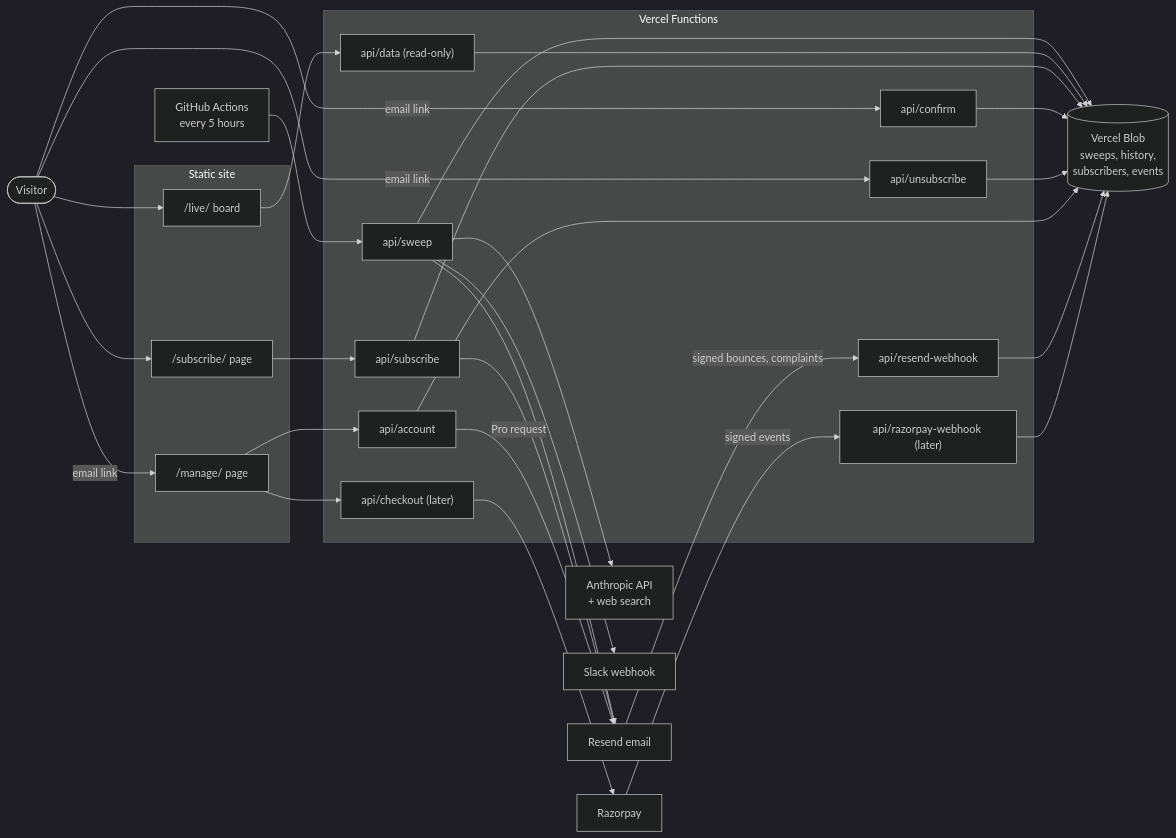
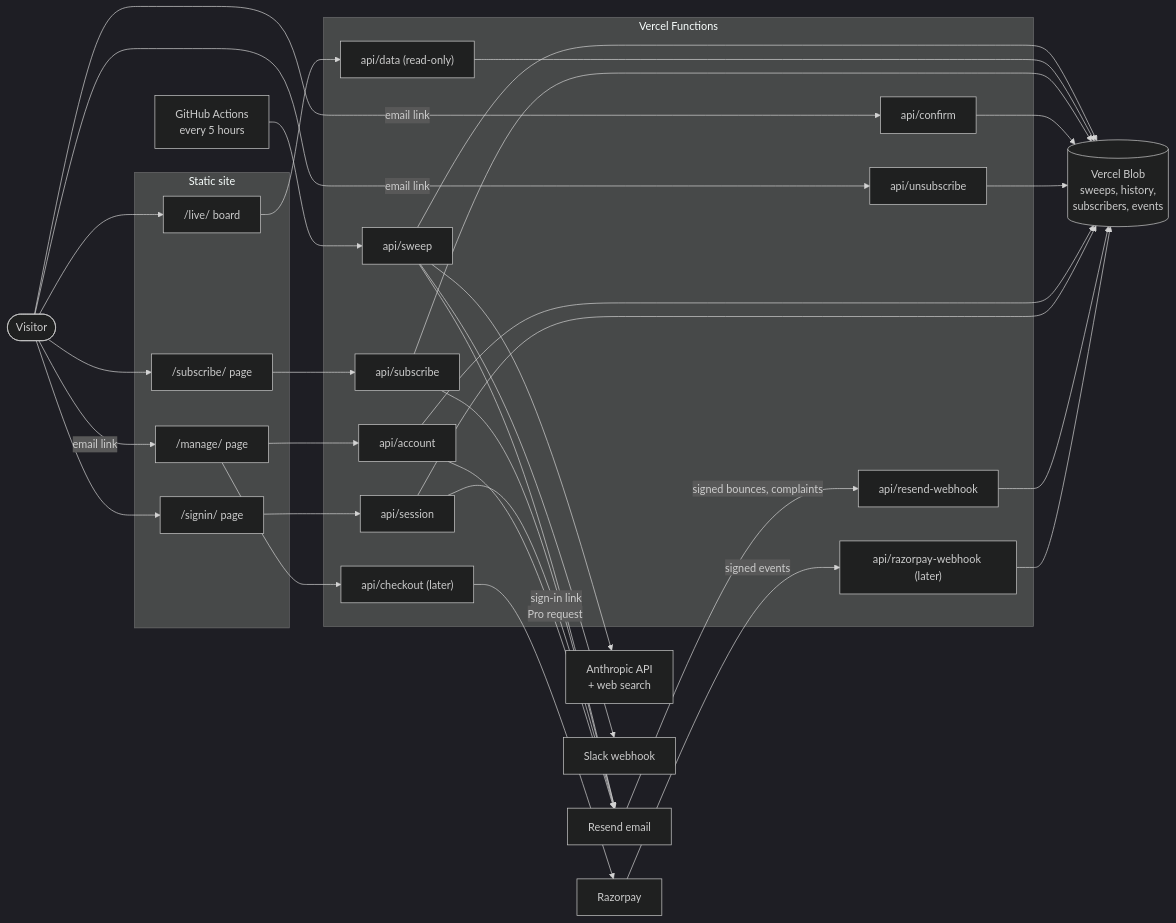
Before and after one commit to bhawnamanglapm/travel-problem-radar-case-study: the first of 6 diagrams in docs/subscriptions/architecture.md, drawn with Mermaid (dark theme). The commit also changed other lines of this file and 6 other files, not shown here.

First line of the commit message:
T16: docs for sign-in, the login cookie and SESSION_SECRET

````diff
--- a/docs/subscriptions/architecture.md
+++ b/docs/subscriptions/architecture.md
@@ -24,43 +24,47 @@
 ```mermaid
 flowchart LR
   V([Visitor])
   GHA["GitHub Actions<br/>every 5 hours"]
   subgraph Site["Static site"]
     LIVE["/live/ board"]
     SUBP["/subscribe/ page"]
     MAN["/manage/ page"]
+    SIGN["/signin/ page"]
   end
   subgraph Fn["Vercel Functions"]
     SWEEP["api/sweep"]
     DATA["api/data (read-only)"]
     SUBS["api/subscribe"]
     CONF["api/confirm"]
     UNS["api/unsubscribe"]
     ACC["api/account"]
+    SES["api/session"]
     RWH["api/resend-webhook"]
     CHK["api/checkout (later)"]
     WH["api/razorpay-webhook (later)"]
   end
   BLOB[("Vercel Blob<br/>sweeps, history,<br/>subscribers, events")]
   ANTH["Anthropic API<br/>+ web search"]
   RES["Resend email"]
   SLK["Slack webhook"]
   RZP["Razorpay"]
 
   GHA --> SWEEP
   SWEEP --> ANTH
   SWEEP --> BLOB
   SWEEP --> RES
   SWEEP --> SLK
   V --> LIVE --> DATA --> BLOB
   V --> SUBP --> SUBS
   SUBS --> BLOB
   SUBS --> RES
   V -->|email link| CONF --> BLOB
   V -->|email link| UNS --> BLOB
   V -->|email link| MAN --> ACC --> BLOB
+  V --> SIGN --> SES --> BLOB
+  SES -->|sign-in link| RES
   ACC -->|Pro request| RES
   RES -->|signed bounces, complaints| RWH --> BLOB
   MAN --> CHK --> RZP
   RZP -->|signed events| WH --> BLOB
 ```
````
